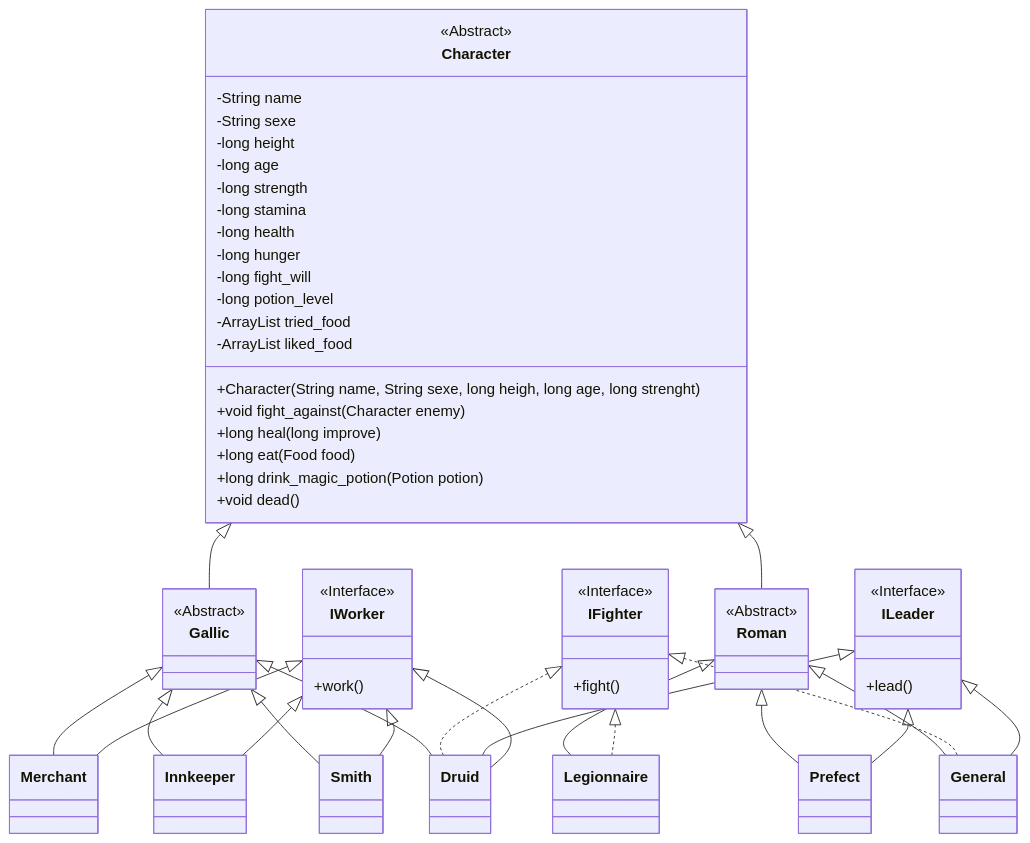
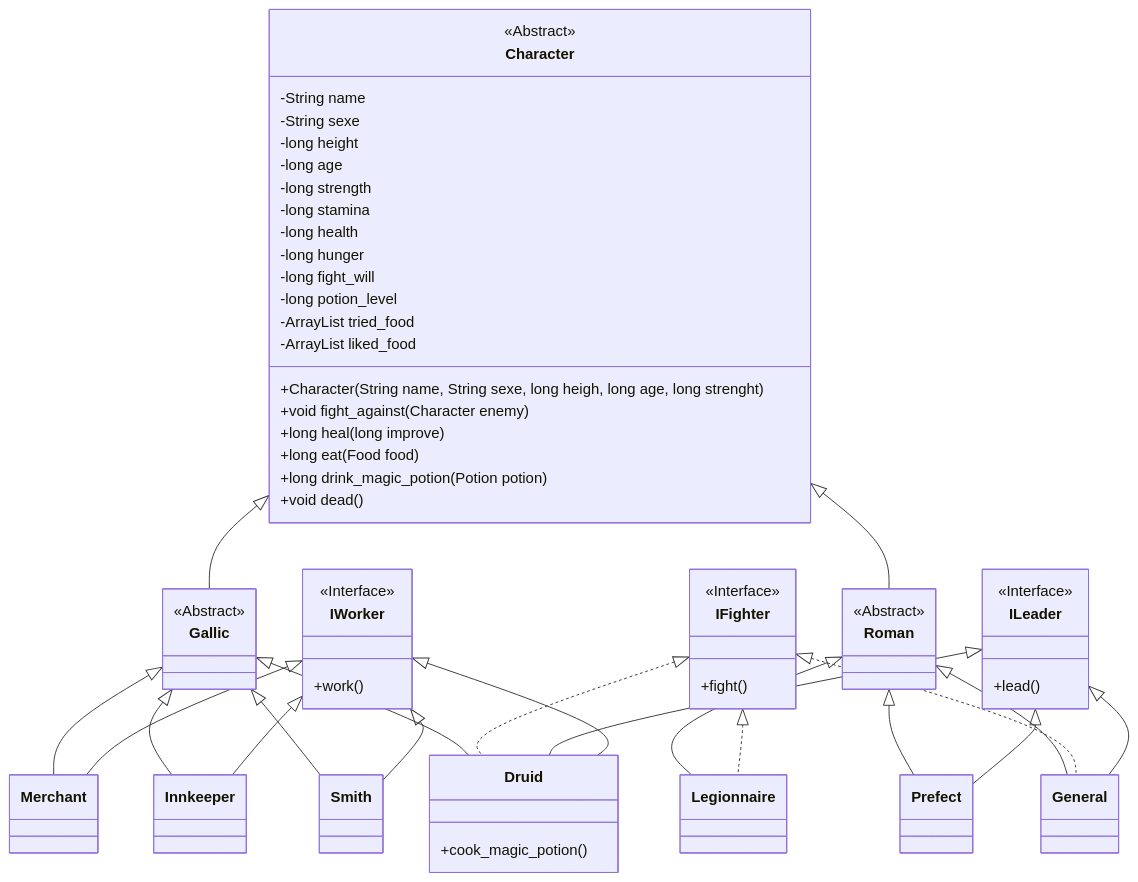
One commit to Gustin-MAILHE/R304_Projet_Qualite_Dev changed the diagram in diagrams/diag_character.md. Above: the diagram before and after it, drawn with Mermaid.

Commit message:
Update diag_character.md
Method to cook the magic potion on the druid

````diff
--- a/diagrams/diag_character.md
+++ b/diagrams/diag_character.md
@@ -1,75 +1,77 @@
 ```mermaid
     
 classDiagram
     
     Character <|-- Gallic
     Gallic <|-- Merchant
     Gallic <|-- Innkeeper
     Gallic <|-- Smith
     Gallic <|-- Druid
+
+    Druid: +cook_magic_potion()
 
     Character <|-- Roman
     Roman <|-- Legionnaire
     Roman <|-- Prefect
     Roman <|-- General
 
     IFighter <|.. Legionnaire
     IFighter <|.. General
     IFighter <|.. Druid
 
     ILeader <|-- Prefect
     ILeader <|-- General
     ILeader <|-- Druid
 
     IWorker <|-- Merchant
     IWorker <|-- Innkeeper
     IWorker <|-- Smith
     IWorker <|-- Druid
 
     class Character {
         <<Abstract>>
         -String name
         -String sexe
         -long height
         -long age
         -long strength
         -long stamina
         -long health
         -long hunger
         -long fight_will
         -long potion_level
         -ArrayList<Food> tried_food
         -ArrayList<Food> liked_food
 
         +Character(String name, String sexe, long heigh, long age, long strenght)
         +void fight_against(Character enemy)
         +long heal(long improve)
         +long eat(Food food)
         +long drink_magic_potion(Potion potion)
         +void dead()
     }
 
     class Gallic {
         <<Abstract>>
     }
 
     class Roman {
         <<Abstract>>
     }
 
     class IFighter {
         <<Interface>>
         +fight()
     }
 
     class ILeader {
         <<Interface>>
         +lead()
     }
 
     class IWorker {
         <<Interface>>
         +work()
     }
 
 ```
````
